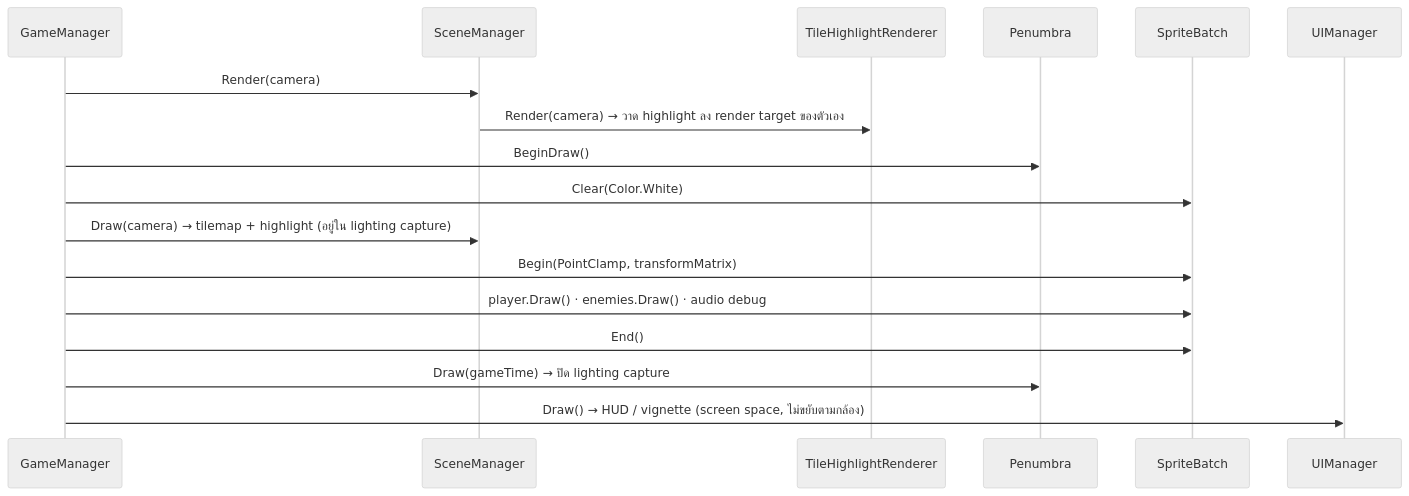
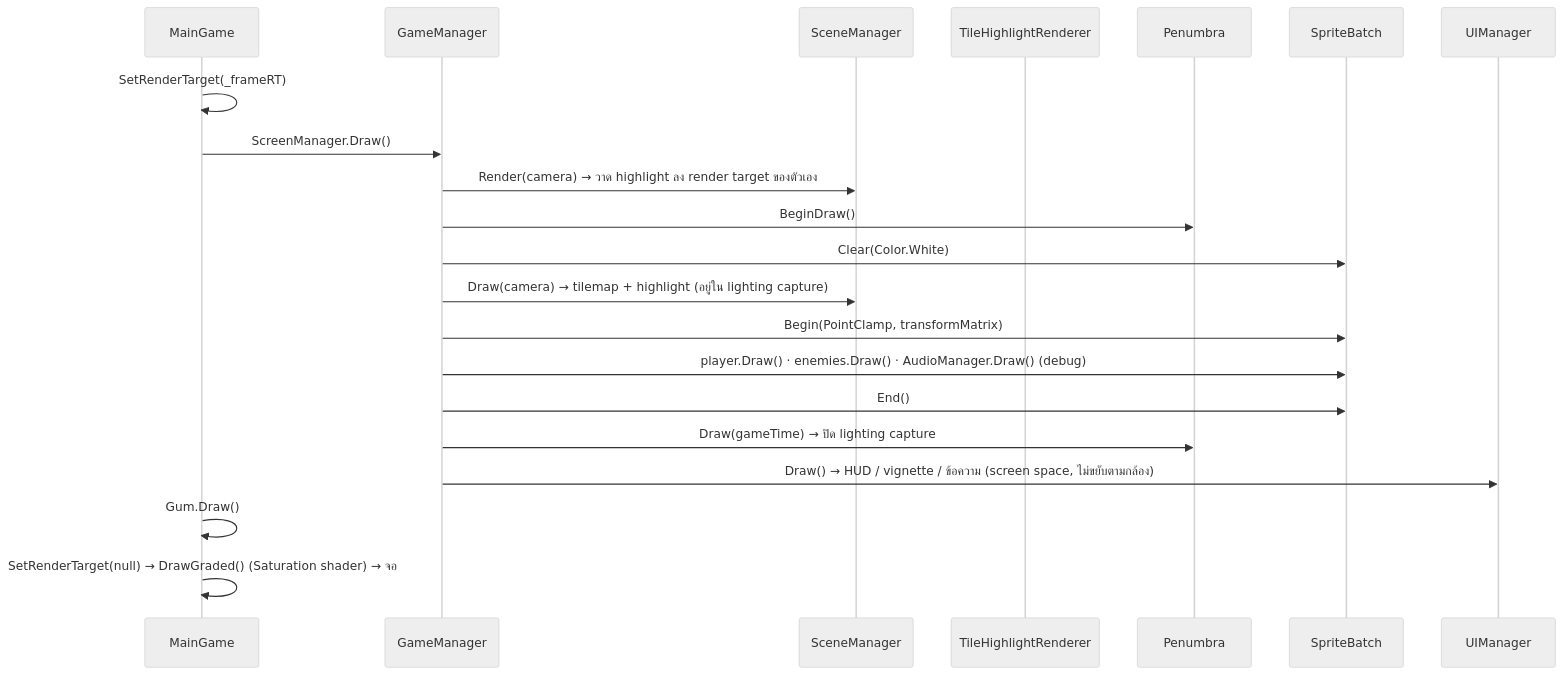
The second of 3 diagrams in docs/03_Software/01-system-design.md (Sambopukkazz/DG225_CoreX), drawn with Mermaid (neutral theme) before and after one commit. The commit also changed other lines of this file and 14 other files, not shown here.

````diff
--- a/docs/03_Software/01-system-design.md
+++ b/docs/03_Software/01-system-design.md
@@ -77,20 +107,24 @@
 ```mermaid
 sequenceDiagram
+    participant MG as MainGame
     participant GM as GameManager
     participant SM as SceneManager
     participant TH as TileHighlightRenderer
     participant P as Penumbra
     participant SB as SpriteBatch
     participant UI as UIManager
 
-    GM->>SM: Render(camera)
-    SM->>TH: Render(camera) → วาด highlight ลง render target ของตัวเอง
+    MG->>MG: SetRenderTarget(_frameRT)
+    MG->>GM: ScreenManager.Draw()
+    GM->>SM: Render(camera) → วาด highlight ลง render target ของตัวเอง
     GM->>P: BeginDraw()
     GM->>SB: Clear(Color.White)
     GM->>SM: Draw(camera) → tilemap + highlight (อยู่ใน lighting capture)
     GM->>SB: Begin(PointClamp, transformMatrix)
-    GM->>SB: player.Draw() · enemies.Draw() · audio debug
+    GM->>SB: player.Draw() · enemies.Draw() · AudioManager.Draw() (debug)
     GM->>SB: End()
     GM->>P: Draw(gameTime) → ปิด lighting capture
-    GM->>UI: Draw() → HUD / vignette (screen space, ไม่ขยับตามกล้อง)
+    GM->>UI: Draw() → HUD / vignette / ข้อความ (screen space, ไม่ขยับตามกล้อง)
+    MG->>MG: Gum.Draw()
+    MG->>MG: SetRenderTarget(null) → DrawGraded() (Saturation shader) → จอ
 ```
````
